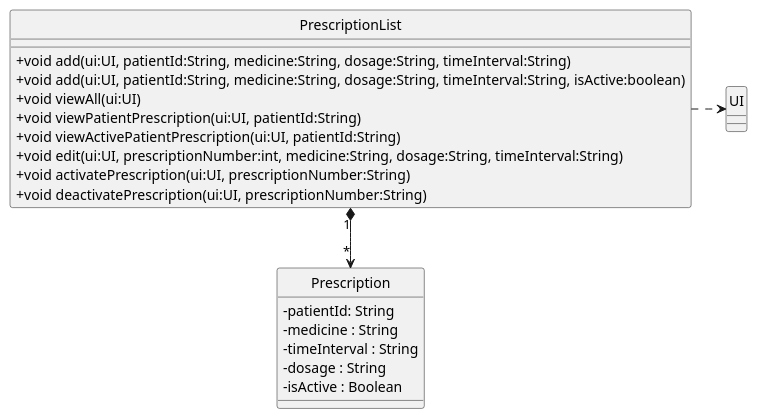
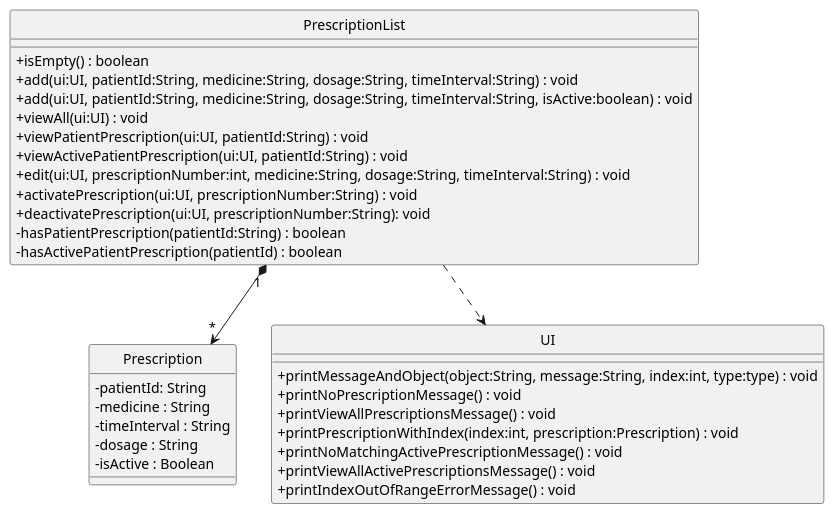
Before and after one commit to nus-cs2113-AY2223S1/tp: the diagram in docs/diagrams/PrescriptionListClassDiagram.puml, drawn with PlantUML. The commit also changed 2 other files, not shown here.

Commit message:
Fix PrescriptionList class diagram

```diff
--- a/docs/diagrams/PrescriptionListClassDiagram.puml
+++ b/docs/diagrams/PrescriptionListClassDiagram.puml
@@ -1,28 +1,39 @@
 @startuml
 hide circle
 skinparam classAttributeIconSize 0
 
 class PrescriptionList {
-+ void add(ui:UI, patientId:String, medicine:String, dosage:String, timeInterval:String)
-+ void add(ui:UI, patientId:String, medicine:String, dosage:String, timeInterval:String, isActive:boolean)
-+ void viewAll(ui:UI)
-+ void viewPatientPrescription(ui:UI, patientId:String)
-+ void viewActivePatientPrescription(ui:UI, patientId:String)
-+ void edit(ui:UI, prescriptionNumber:int, medicine:String, dosage:String, timeInterval:String)
-+ void activatePrescription(ui:UI, prescriptionNumber:String)
-+ void deactivatePrescription(ui:UI, prescriptionNumber:String)
++ isEmpty() : boolean
++ add(ui:UI, patientId:String, medicine:String, dosage:String, timeInterval:String) : void
++ add(ui:UI, patientId:String, medicine:String, dosage:String, timeInterval:String, isActive:boolean) : void
++ viewAll(ui:UI) : void
++ viewPatientPrescription(ui:UI, patientId:String) : void
++ viewActivePatientPrescription(ui:UI, patientId:String) : void
++ edit(ui:UI, prescriptionNumber:int, medicine:String, dosage:String, timeInterval:String) : void
++ activatePrescription(ui:UI, prescriptionNumber:String) : void
++ deactivatePrescription(ui:UI, prescriptionNumber:String): void
+- hasPatientPrescription(patientId:String) : boolean
+- hasActivePatientPrescription(patientId) : boolean
 }
 
 class Prescription {
 - patientId: String
 - medicine : String
 - timeInterval : String
 - dosage : String
 - isActive : Boolean
 }
 
-class UI {}
+class UI {
++ printMessageAndObject(object:String, message:String, index:int, type:type) : void
++ printNoPrescriptionMessage() : void
++ printViewAllPrescriptionsMessage() : void
++ printPrescriptionWithIndex(index:int, prescription:Prescription) : void
++ printNoMatchingActivePrescriptionMessage() : void
++ printViewAllActivePrescriptionsMessage() : void
++ printIndexOutOfRangeErrorMessage() : void
+}
 
 PrescriptionList "1" *-down-> "*" Prescription
-PrescriptionList .right.> UI
+PrescriptionList .down.> UI
 @enduml
```
